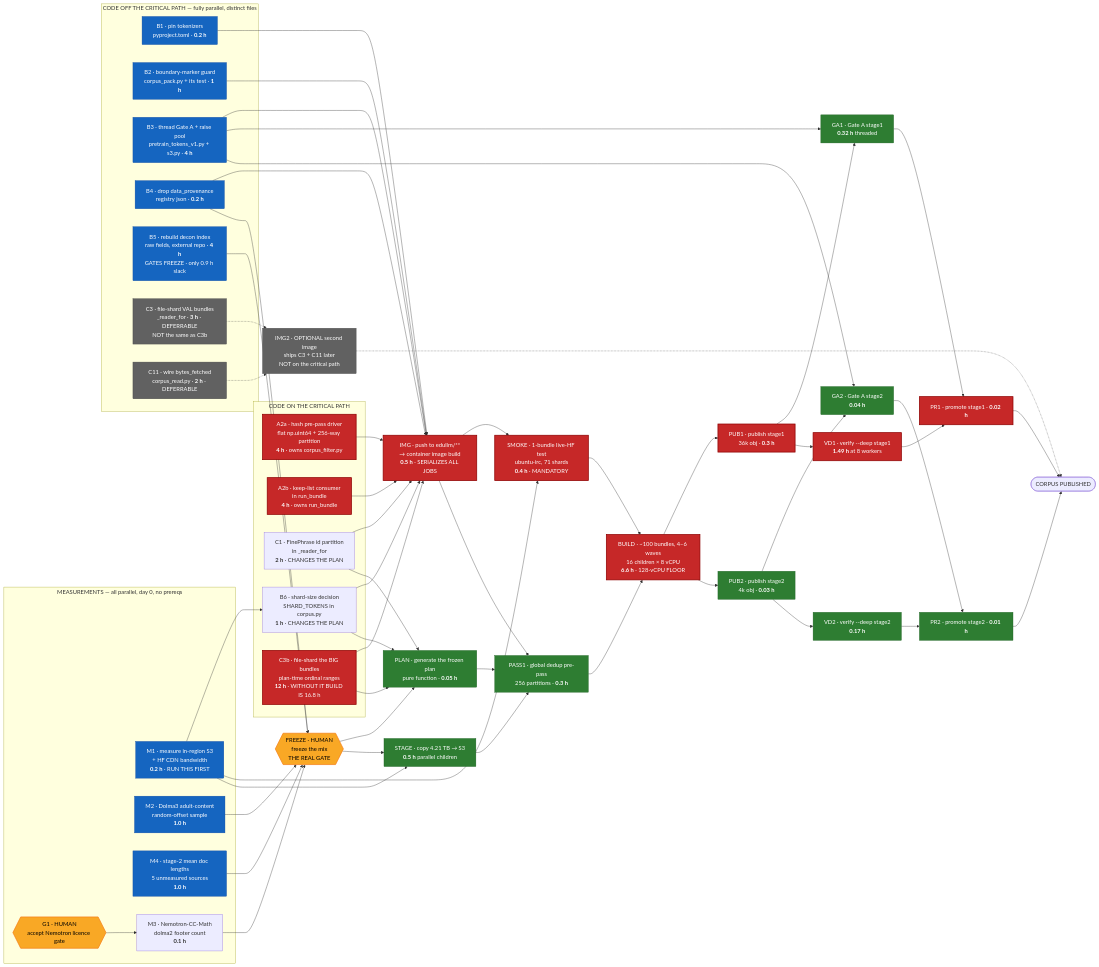
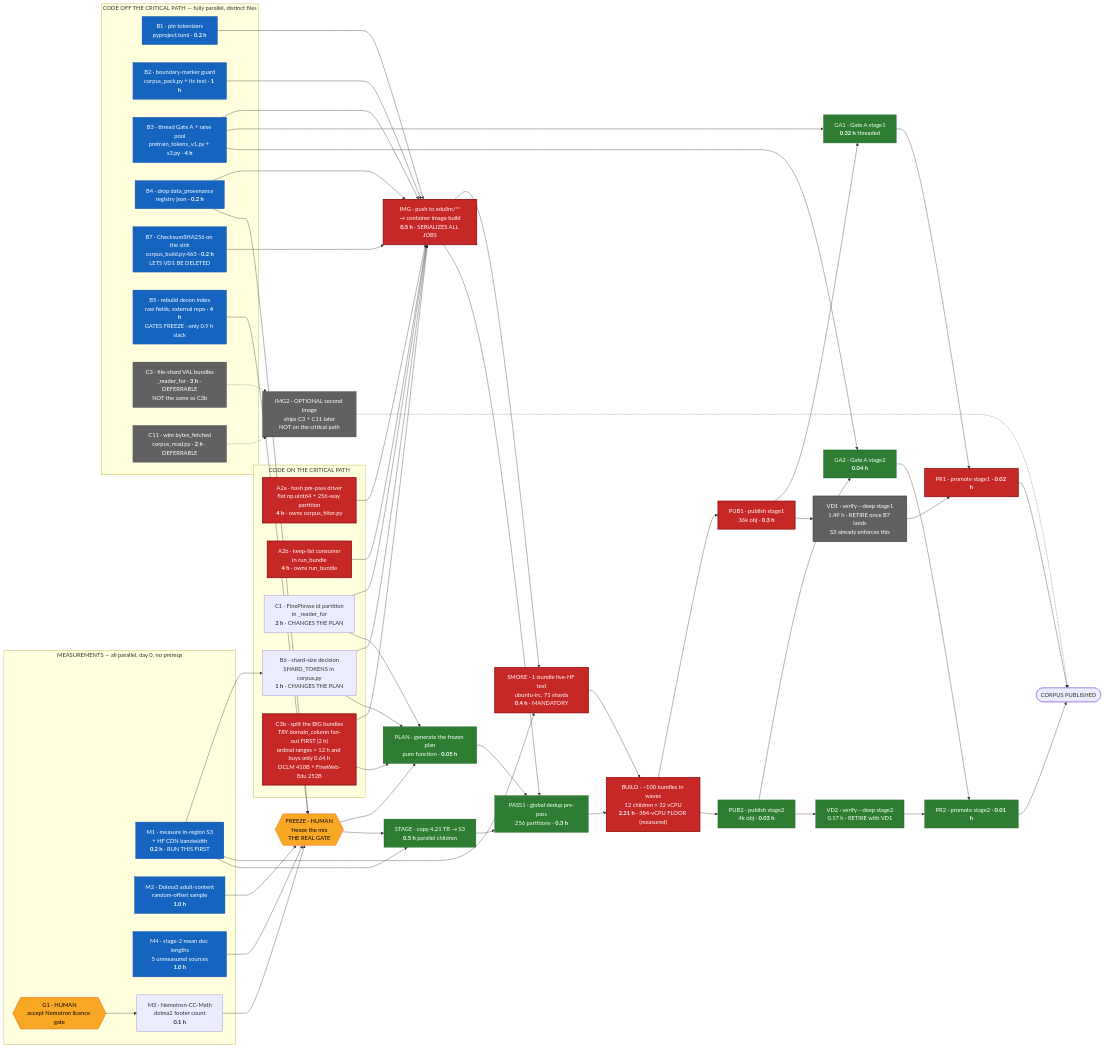
One commit to edu-llm/edullm-data changed the diagram in docs/BUILD-DEPENDENCY-GRAPH.md. Above: the diagram before and after it, drawn with Mermaid. The commit also changed other lines of this file and 10 other files, not shown here.

First line of the commit message:
docs: region mirror, retire verify --deep, and the 384-vCPU correction

```diff
--- a/docs/BUILD-DEPENDENCY-GRAPH.md
+++ b/docs/BUILD-DEPENDENCY-GRAPH.md
@@ -62,7 +85,7 @@
         A2b["A2b · keep-list consumer<br/>in run_bundle<br/><b>4 h</b> · owns run_bundle"]
         C1["C1 · FinePhrase id partition<br/>in _reader_for<br/><b>2 h</b> · CHANGES THE PLAN"]
         B6["B6 · shard-size decision<br/>SHARD_TOKENS in corpus.py<br/><b>1 h</b> · CHANGES THE PLAN"]
-        C3b["C3b · file-shard the BIG bundles<br/>plan-time ordinal ranges<br/><b>12 h</b> · WITHOUT IT BUILD IS 16.8 h"]
+        C3b["C3b · split the BIG bundles<br/>TRY domain_column fan-out FIRST (2 h)<br/>ordinal ranges = 12 h and buys only 0.64 h<br/>DCLM 410B + FineWeb-Edu 252B"]
     end
 
     subgraph CODE_PAR["CODE OFF THE CRITICAL PATH — fully parallel, distinct files"]
@@ -70,6 +93,7 @@
         B2["B2 · boundary-marker guard<br/>corpus_pack.py + its test · <b>1 h</b>"]
         B3["B3 · thread Gate A + raise pool<br/>pretrain_tokens_v1.py + s3.py · <b>4 h</b>"]
         B4["B4 · drop data_provenance<br/>registry json · <b>0.2 h</b>"]
+        B7["B7 · ChecksumSHA256 on the sink<br/>corpus_build.py:463 · <b>0.2 h</b><br/>LETS VD1 BE DELETED"]
         B5["B5 · rebuild decon index<br/>raw fields, external repo · <b>4 h</b><br/>GATES FREEZE · only 0.9 h slack"]
         C3["C3 · file-shard VAL bundles<br/>_reader_for · <b>3 h</b> · DEFERRABLE<br/>NOT the same as C3b"]
         C11["C11 · wire bytes_fetched<br/>corpus_read.py · <b>2 h</b> · DEFERRABLE"]
@@ -83,14 +107,14 @@
     STAGE["STAGE · copy 4.21 TB → S3<br/><b>0.5 h</b> parallel children"]
     PASS1["PASS1 · global dedup pre-pass<br/>256 partitions · <b>0.3 h</b>"]
 
-    BUILD["BUILD · ~100 bundles, 4–6 waves<br/>16 children × 8 vCPU<br/><b>6.6 h</b> · 128-vCPU FLOOR"]
+    BUILD["BUILD · ~100 bundles in waves<br/>12 children × 32 vCPU<br/><b>2.21 h</b> · 384-vCPU FLOOR (measured)"]
 
     PUB1["PUB1 · publish stage1<br/>36k obj · <b>0.3 h</b>"]
     PUB2["PUB2 · publish stage2<br/>4k obj · <b>0.03 h</b>"]
     GA1["GA1 · Gate A stage1<br/><b>0.32 h</b> threaded"]
     GA2["GA2 · Gate A stage2<br/><b>0.04 h</b>"]
-    VD1["VD1 · verify --deep stage1<br/><b>1.49 h</b> at 8 workers"]
-    VD2["VD2 · verify --deep stage2<br/><b>0.17 h</b>"]
+    VD1["VD1 · verify --deep stage1<br/>1.49 h · RETIRE once B7 lands<br/>S3 already enforces this"]
+    VD2["VD2 · verify --deep stage2<br/>0.17 h · RETIRE with VD1"]
     PR1["PR1 · promote stage1 · <b>0.02 h</b>"]
     PR2["PR2 · promote stage2 · <b>0.01 h</b>"]
     DONE(["CORPUS PUBLISHED"])
@@ -108,6 +132,7 @@
     B2 --> IMG
     B3 --> IMG
     B4 --> IMG
+    B7 --> IMG
 
     C1 --> PLAN
     B6 --> PLAN
@@ -155,7 +180,8 @@
     classDef defer fill:#616161,color:#fff,stroke:#424242
 
     class A2a,A2b,C3b,IMG,SMOKE,BUILD,PUB1,VD1,PR1 crit
-    class B1,B2,B3,B4,B5,M1,M2,M4 par
+    class B1,B2,B3,B4,B5,B7,M1,M2,M4 par
+    class VD1,VD2 defer
     class C3,C11,IMG2 defer
     class G1,FREEZE human
     class PASS1,STAGE,PLAN,PUB2,GA1,GA2,VD2,PR2 job
```
